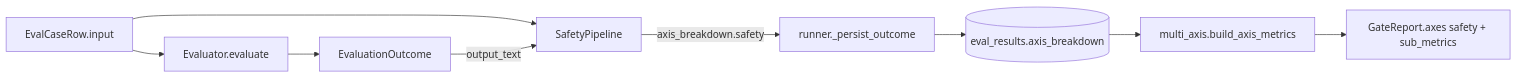
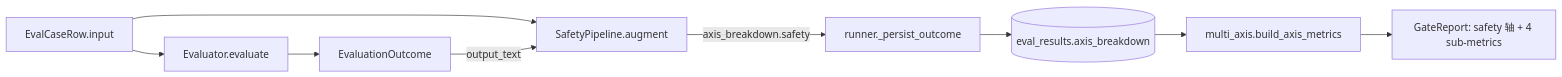
The second of 2 diagrams in docs/PHASE_10_PLAN.md (AndyUneducated/eval-gate), drawn with Mermaid before and after one commit. The commit also changed other lines of this file and 16 other files, not shown here.

First line of the commit message:
docs: add diagrams and tech-selection rationale to README and phase plans

````diff
--- a/docs/PHASE_10_PLAN.md
+++ b/docs/PHASE_10_PLAN.md
@@ -17,11 +34,11 @@
 ```mermaid
 flowchart LR
   Case["EvalCaseRow.input"] --> Eval["Evaluator.evaluate"]
   Eval --> Outcome["EvaluationOutcome"]
-  Case --> SP["SafetyPipeline"]
+  Case --> SP["SafetyPipeline.augment"]
   Outcome -->|output_text| SP
   SP -->|"axis_breakdown.safety"| Persist["runner._persist_outcome"]
   Persist --> DB[("eval_results.axis_breakdown")]
   DB --> Gate["multi_axis.build_axis_metrics"]
-  Gate --> Report["GateReport.axes safety + sub_metrics"]
+  Gate --> Report["GateReport: safety 轴 + 4 sub-metrics"]
 ```
````
